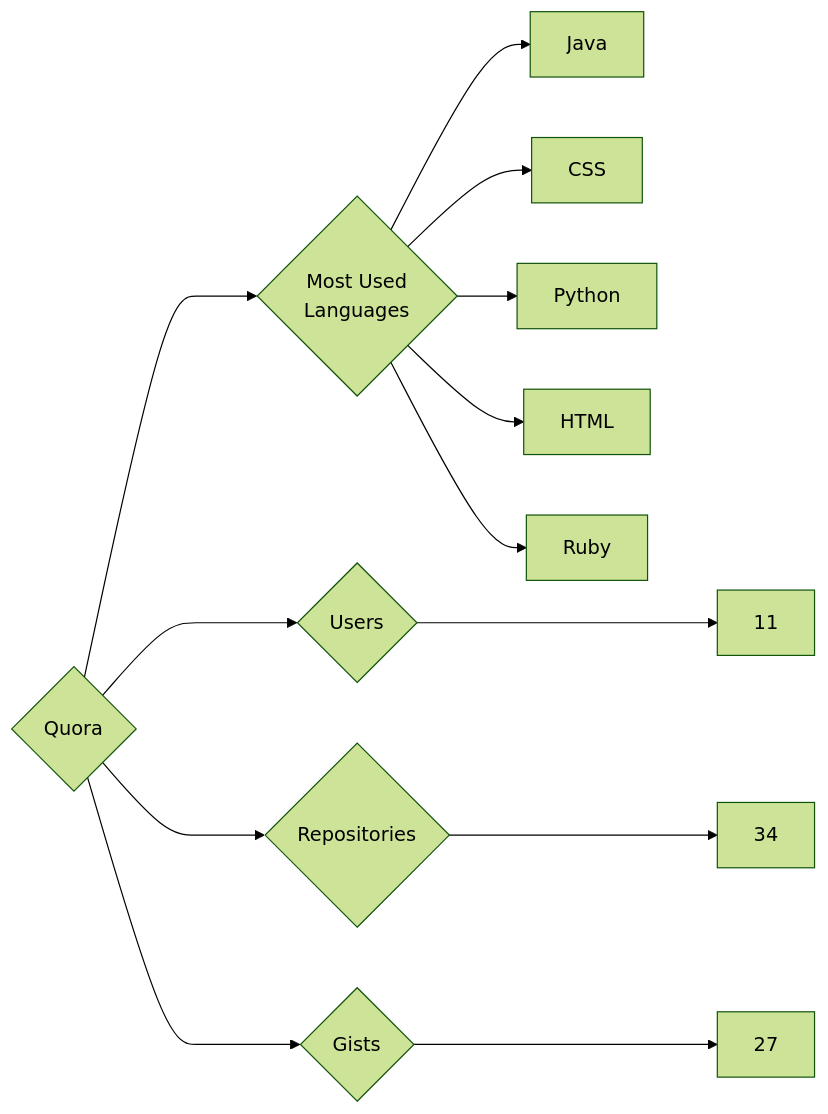
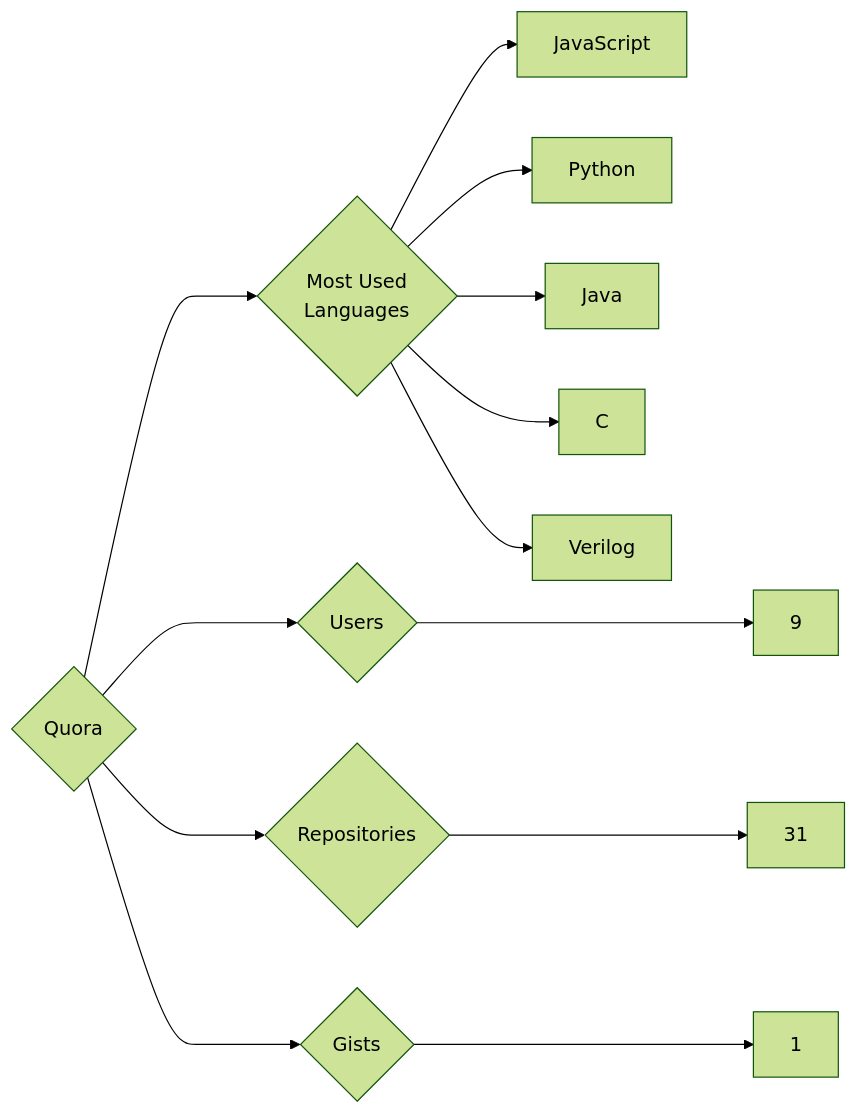
Before and after one commit to trickest/insiders: the diagram in targets/Quora/README.md, drawn with Mermaid (forest theme). The commit also changed 928 other files, not shown here.

````diff
--- a/targets/Quora/README.md
+++ b/targets/Quora/README.md
@@ -3,13 +3,13 @@
 ```mermaid
 graph LR
 COMPANY_NAME{Quora}
-COMPANY_NAME ---> U{Users} ---> UN[11]
-COMPANY_NAME ---> R{Repositories} ---> RN[34]
-COMPANY_NAME ---> G{Gists} ---> GN[27]
+COMPANY_NAME ---> U{Users} ---> UN[9]
+COMPANY_NAME ---> R{Repositories} ---> RN[31]
+COMPANY_NAME ---> G{Gists} ---> GN[1]
 COMPANY_NAME ---> ML{Most Used<br>Languages}
+ML --> JavaScript[JavaScript]
+ML --> Python[Python]
 ML --> Java[Java]
-ML --> CSS[CSS]
-ML --> Python[Python]
-ML --> HTML[HTML]
-ML --> Ruby[Ruby]
+ML --> C[C]
+ML --> Verilog[Verilog]
 ```
````
